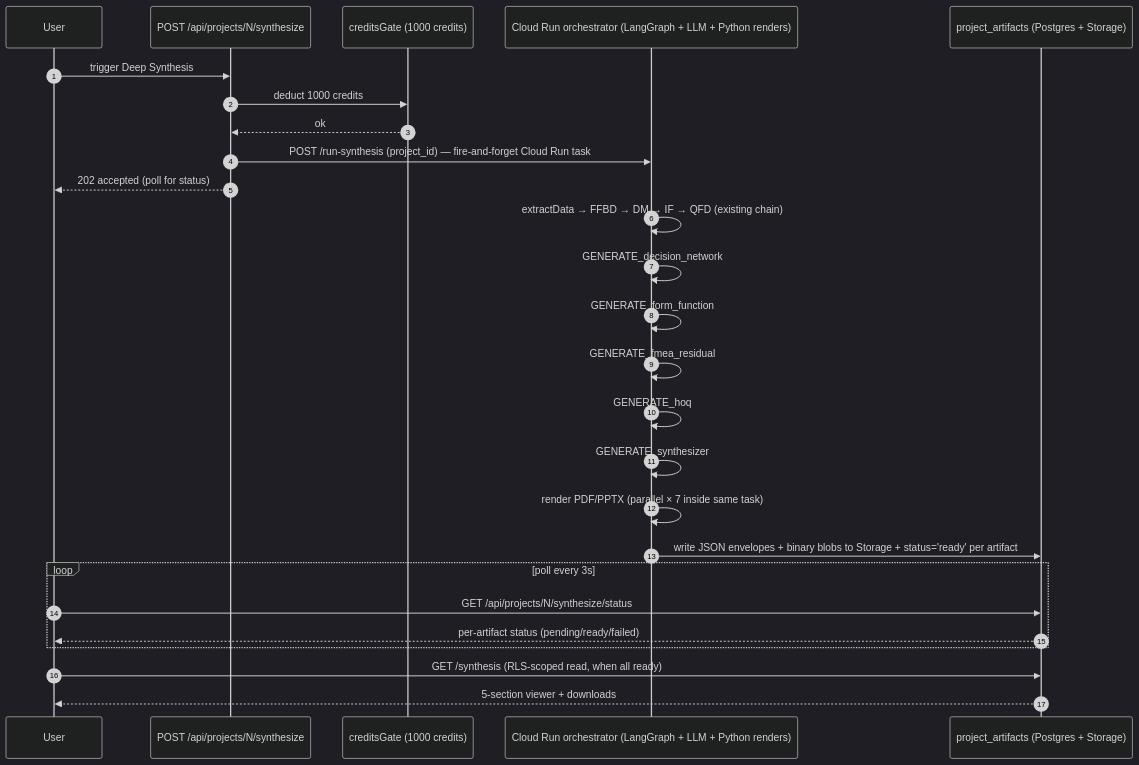
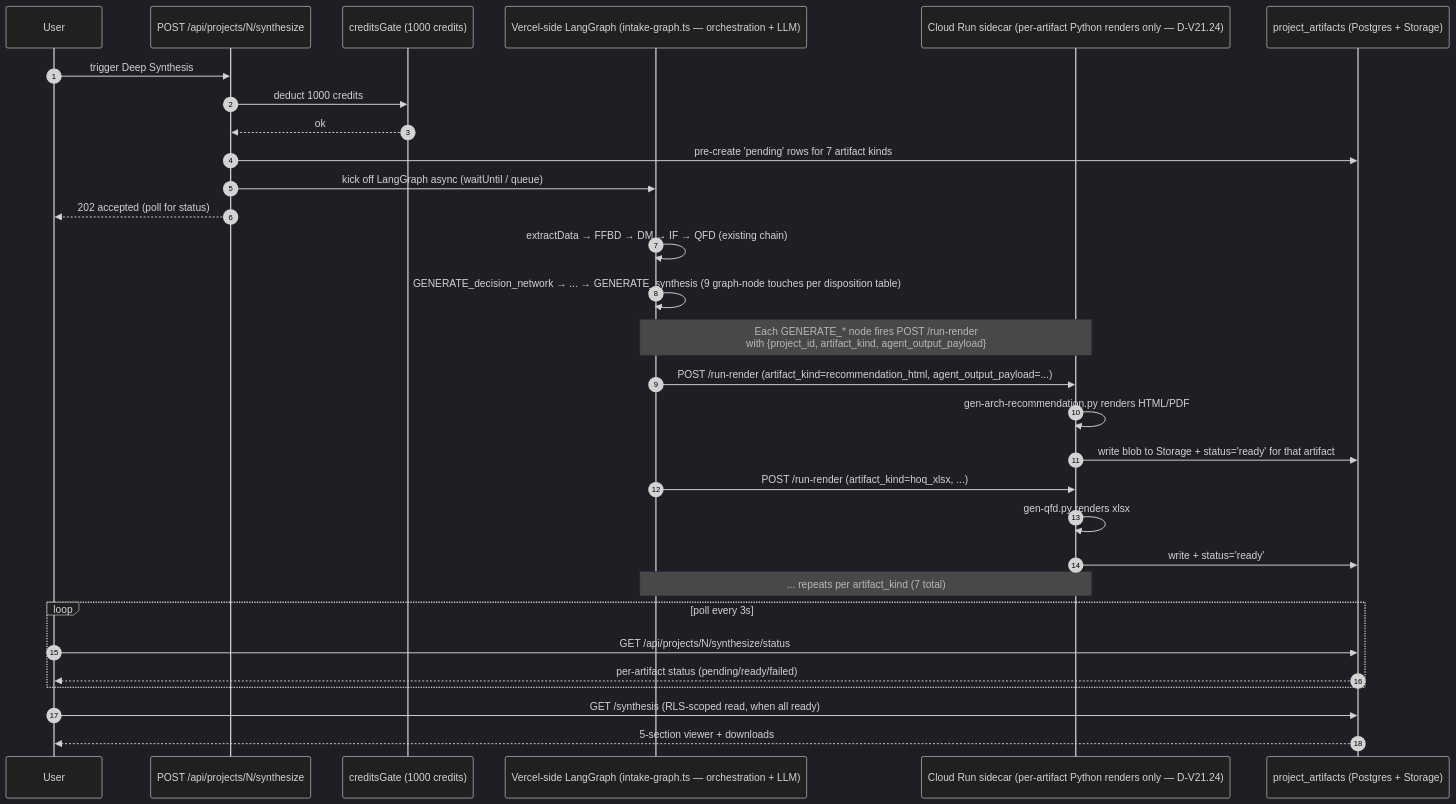
The third of 5 diagrams in plans/c1v-MIT-Crawley-Cornell.v2.1.md (c1v-ai/c1v), drawn with Mermaid (dark theme) before and after one commit. The commit also changed other lines of this file, not shown here.

Commit message:
docs(plans): flip v2.1 master plan DRAFT → READY-FOR-EXECUTION
David greenlit dispatch 2026-04-25 22:01 EDT after iter-2 critique
closed (14/14 issues resolved).

Authorizes Dispatch Wave 1 (TA1 + TA2 + TA3 + TD1, 21 agents in
parallel single-coordinator-message). Wave 2 (TB1, 5 agents) gates
on the four Wave-A tags landing.

Audit trail: agent prompts cite the master plan as authoritative;
DRAFT marker would have caused mid-execution meta-questions.

````diff
--- a/plans/c1v-MIT-Crawley-Cornell.v2.1.md
+++ b/plans/c1v-MIT-Crawley-Cornell.v2.1.md
@@ -678,28 +678,32 @@
 ```mermaid
 sequenceDiagram
   autonumber
   participant U as User
   participant API as POST /api/projects/N/synthesize
   participant CG as creditsGate (1000 credits)
-  participant CR as Cloud Run orchestrator (LangGraph + LLM + Python renders)
+  participant LG as Vercel-side LangGraph (intake-graph.ts — orchestration + LLM)
+  participant CR as Cloud Run sidecar (per-artifact Python renders only — D-V21.24)
   participant DB as project_artifacts (Postgres + Storage)
   U->>API: trigger Deep Synthesis
   API->>CG: deduct 1000 credits
   CG-->>API: ok
-  API->>CR: POST /run-synthesis (project_id) — fire-and-forget Cloud Run task
+  API->>DB: pre-create 'pending' rows for 7 artifact kinds
+  API->>LG: kick off LangGraph async (waitUntil / queue)
   API-->>U: 202 accepted (poll for status)
-  CR->>CR: extractData → FFBD → DM → IF → QFD (existing chain)
-  CR->>CR: GENERATE_decision_network
-  CR->>CR: GENERATE_form_function
-  CR->>CR: GENERATE_fmea_residual
-  CR->>CR: GENERATE_hoq
-  CR->>CR: GENERATE_synthesizer
-  CR->>CR: render PDF/PPTX (parallel × 7 inside same task)
-  CR->>DB: write JSON envelopes + binary blobs to Storage + status='ready' per artifact
+  LG->>LG: extractData → FFBD → DM → IF → QFD (existing chain)
+  LG->>LG: GENERATE_decision_network → ... → GENERATE_synthesis (9 graph-node touches per disposition table)
+  Note over LG,CR: Each GENERATE_* node fires POST /run-render<br/>with {project_id, artifact_kind, agent_output_payload}
+  LG->>CR: POST /run-render (artifact_kind=recommendation_html, agent_output_payload=...)
+  CR->>CR: gen-arch-recommendation.py renders HTML/PDF
+  CR->>DB: write blob to Storage + status='ready' for that artifact
+  LG->>CR: POST /run-render (artifact_kind=hoq_xlsx, ...)
+  CR->>CR: gen-qfd.py renders xlsx
+  CR->>DB: write + status='ready'
+  Note over LG,CR: ... repeats per artifact_kind (7 total)
   loop poll every 3s
     U->>DB: GET /api/projects/N/synthesize/status
     DB-->>U: per-artifact status (pending/ready/failed)
   end
   U->>DB: GET /synthesis (RLS-scoped read, when all ready)
   DB-->>U: 5-section viewer + downloads
 ```
````
